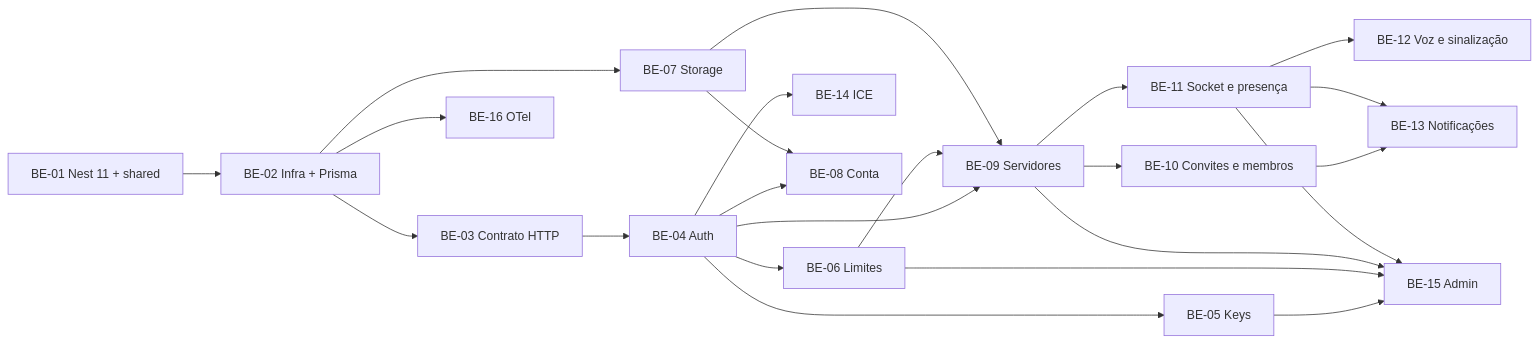
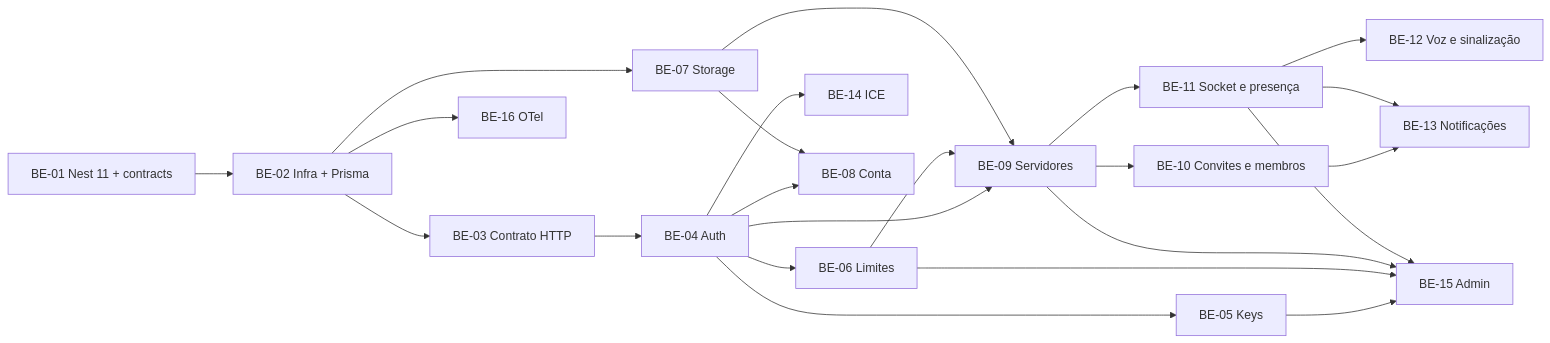
The diagram in plans/tickets/README.md (christiancesar/gameplay), drawn with Mermaid before and after one commit. The commit also changed other lines of this file and 142 other files, not shown here.

First line of the commit message:
refactor: rename @gameplay/shared to @gameplay/contracts

````diff
--- a/plans/tickets/README.md
+++ b/plans/tickets/README.md
@@ -31,25 +31,25 @@
 ```mermaid
 graph LR
-  BE01[BE-01 Nest 11 + shared] --> BE02[BE-02 Infra + Prisma]
+  BE01[BE-01 Nest 11 + contracts] --> BE02[BE-02 Infra + Prisma]
   BE02 --> BE03[BE-03 Contrato HTTP]
   BE02 --> BE07[BE-07 Storage]
   BE02 --> BE16[BE-16 OTel]
   BE03 --> BE04[BE-04 Auth]
   BE04 --> BE05[BE-05 Keys]
   BE04 --> BE06[BE-06 Limites]
   BE04 --> BE14[BE-14 ICE]
   BE04 --> BE08[BE-08 Conta]
   BE07 --> BE08
   BE04 --> BE09[BE-09 Servidores]
   BE06 --> BE09
   BE07 --> BE09
   BE09 --> BE10[BE-10 Convites e membros]
   BE09 --> BE11[BE-11 Socket e presença]
   BE11 --> BE12[BE-12 Voz e sinalização]
   BE10 --> BE13[BE-13 Notificações]
   BE11 --> BE13
   BE05 --> BE15[BE-15 Admin]
   BE06 --> BE15
   BE09 --> BE15
   BE11 --> BE15
 ```
````
